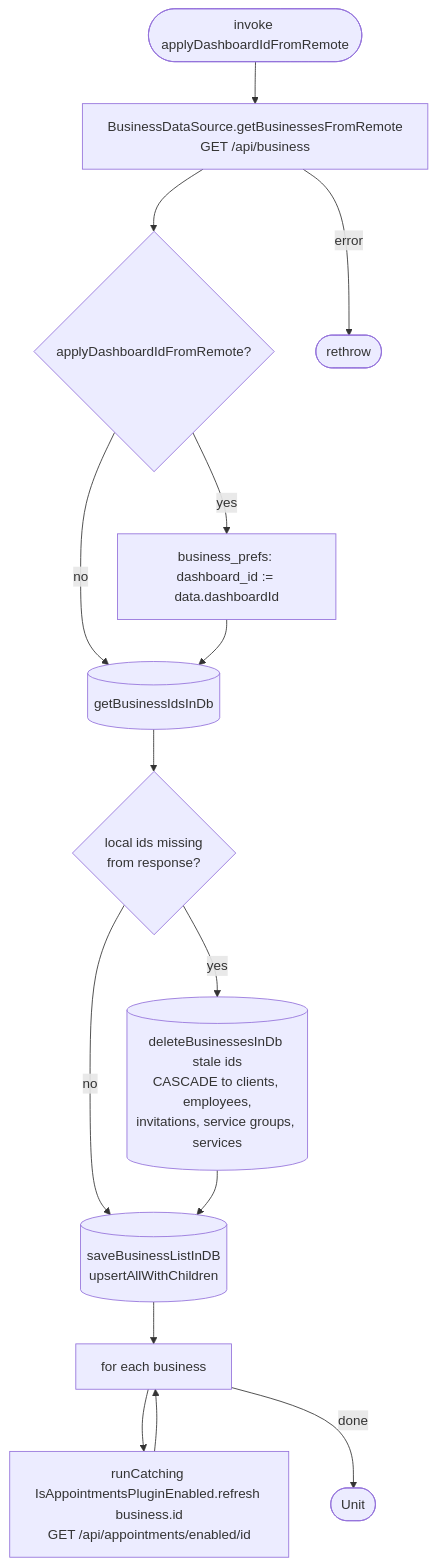
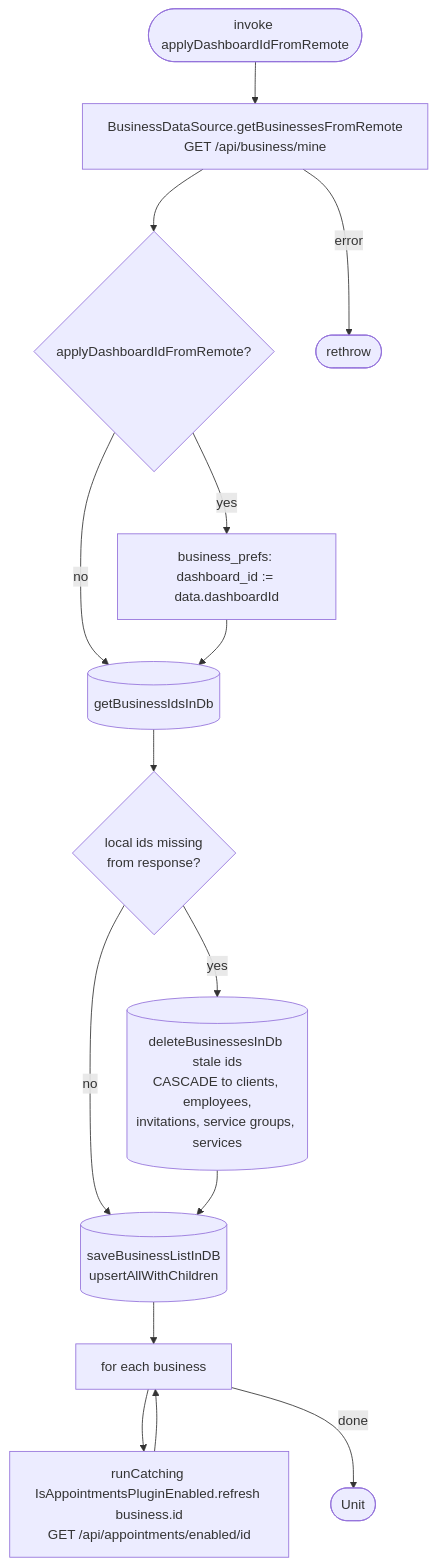
The diagram in docs/operations/business/refresh-business-info.md (nocturneproperties/bookkme-client), drawn with Mermaid before and after one commit. The commit also changed other lines of this file and 33 other files, not shown here.

````diff
--- a/docs/operations/business/refresh-business-info.md
+++ b/docs/operations/business/refresh-business-info.md
@@ -23,17 +26,17 @@
 ```mermaid
 flowchart TD
-    Start([invoke applyDashboardIdFromRemote]) --> Net[BusinessDataSource.getBusinessesFromRemote<br/>GET /api/business]
+    Start([invoke applyDashboardIdFromRemote]) --> Net[BusinessDataSource.getBusinessesFromRemote<br/>GET /api/business/mine]
     Net --> Apply{applyDashboardIdFromRemote?}
     Apply -- yes --> SaveId[business_prefs: dashboard_id := data.dashboardId]
     Apply -- no --> Ids
     SaveId --> Ids[(getBusinessIdsInDb)]
     Ids --> Stale{local ids missing<br/>from response?}
     Stale -- yes --> Del[(deleteBusinessesInDb stale ids<br/>CASCADE to clients, employees,<br/>invitations, service groups, services)]
     Stale -- no --> Save
     Del --> Save[(saveBusinessListInDB<br/>upsertAllWithChildren)]
     Save --> Loop[for each business]
     Loop --> Plug[runCatching IsAppointmentsPluginEnabled.refresh business.id<br/>GET /api/appointments/enabled/id]
     Plug --> Loop
     Loop -- done --> R([Unit])
     Net -- error --> EX([rethrow])
 ```
````
